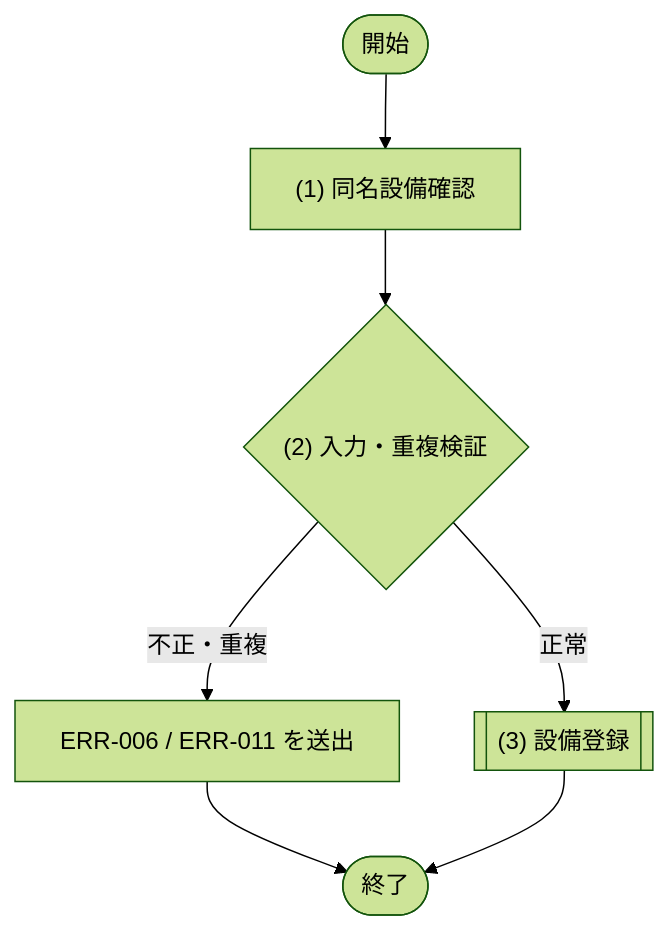
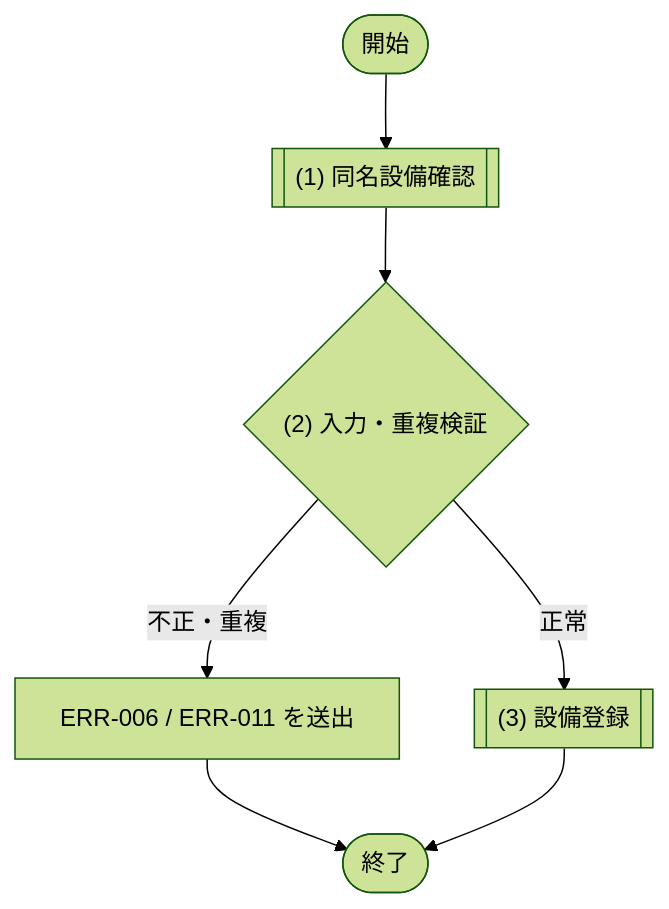
The fourth of 5 diagrams in docs/03_機能設計/05_モジュール設計/MOD-004_会議室管理サービス.md (sikakou54/system-document-template), drawn with Mermaid (forest theme) before and after one commit. The commit also changed other lines of this file and 43 other files, not shown here.

````diff
--- a/docs/03_機能設計/05_モジュール設計/MOD-004_会議室管理サービス.md
+++ b/docs/03_機能設計/05_モジュール設計/MOD-004_会議室管理サービス.md
@@ -468,13 +468,13 @@
 ```mermaid
 flowchart TD
   Start([開始])
-  P1["(1) 同名設備確認"]
+  P1[["(1) 同名設備確認"]]
   D1{"(2) 入力・重複検証"}
   P2[["(3) 設備登録"]]
   E1["ERR-006 / ERR-011 を送出"]
   End([終了])
 
   Start --> P1 --> D1
   D1 -- "不正・重複" --> E1 --> End
   D1 -- "正常" --> P2 --> End
 ```
````
